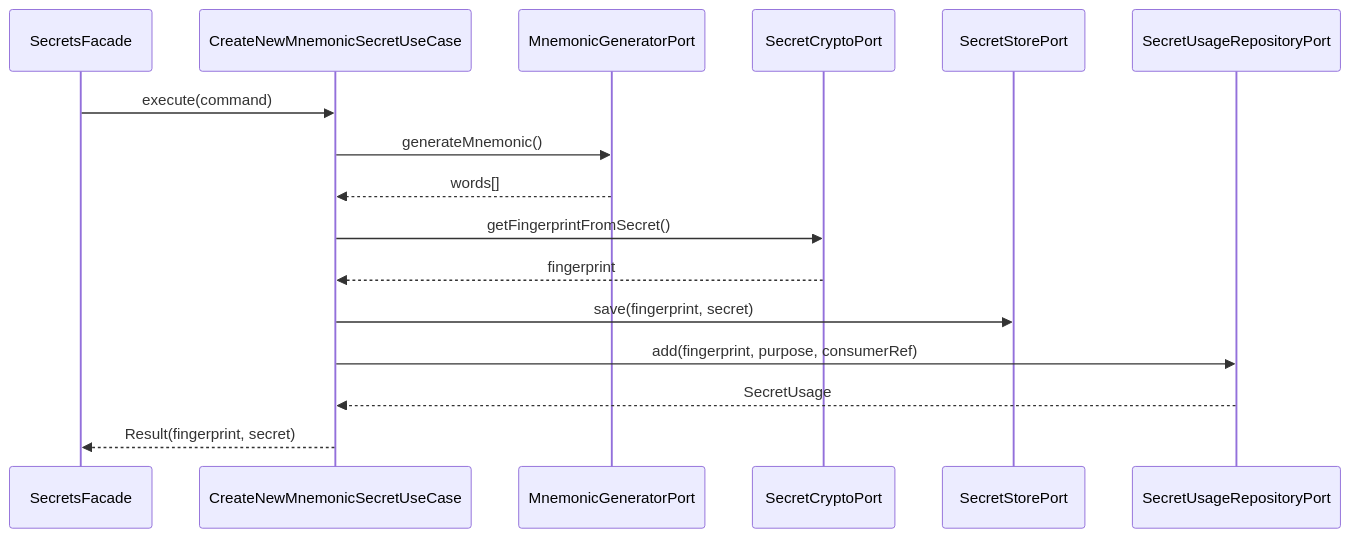
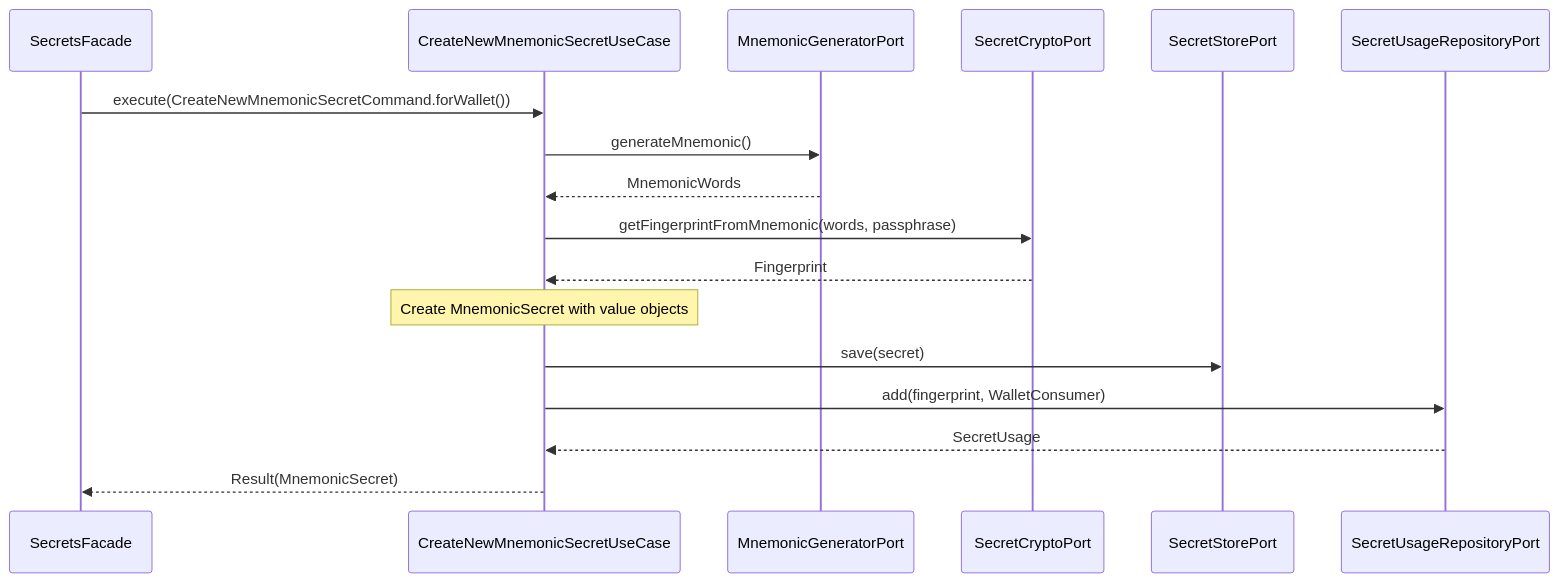
One commit to SatoshiPortal/bullbitcoin-mobile changed the eighth of 17 diagrams in lib/features/secrets/secrets_architecture.md. Above: the diagram before and after it, drawn with Mermaid. The commit also changed other lines of this file and 16 other files, not shown here.

Commit message:
update architecture doc of secrets

````diff
--- a/lib/features/secrets/secrets_architecture.md
+++ b/lib/features/secrets/secrets_architecture.md
@@ -417,19 +485,20 @@
 ```mermaid
 sequenceDiagram
     participant F as SecretsFacade
     participant UC as CreateNewMnemonicSecretUseCase
     participant MG as MnemonicGeneratorPort
     participant SC as SecretCryptoPort
     participant SS as SecretStorePort
     participant SR as SecretUsageRepositoryPort
 
-    F->>UC: execute(command)
+    F->>UC: execute(CreateNewMnemonicSecretCommand.forWallet())
     UC->>MG: generateMnemonic()
-    MG-->>UC: words[]
-    UC->>SC: getFingerprintFromSecret()
-    SC-->>UC: fingerprint
-    UC->>SS: save(fingerprint, secret)
-    UC->>SR: add(fingerprint, purpose, consumerRef)
+    MG-->>UC: MnemonicWords
+    UC->>SC: getFingerprintFromMnemonic(words, passphrase)
+    SC-->>UC: Fingerprint
+    Note over UC: Create MnemonicSecret with value objects
+    UC->>SS: save(secret)
+    UC->>SR: add(fingerprint, WalletConsumer)
     SR-->>UC: SecretUsage
-    UC-->>F: Result(fingerprint, secret)
+    UC-->>F: Result(MnemonicSecret)
 ```
````
